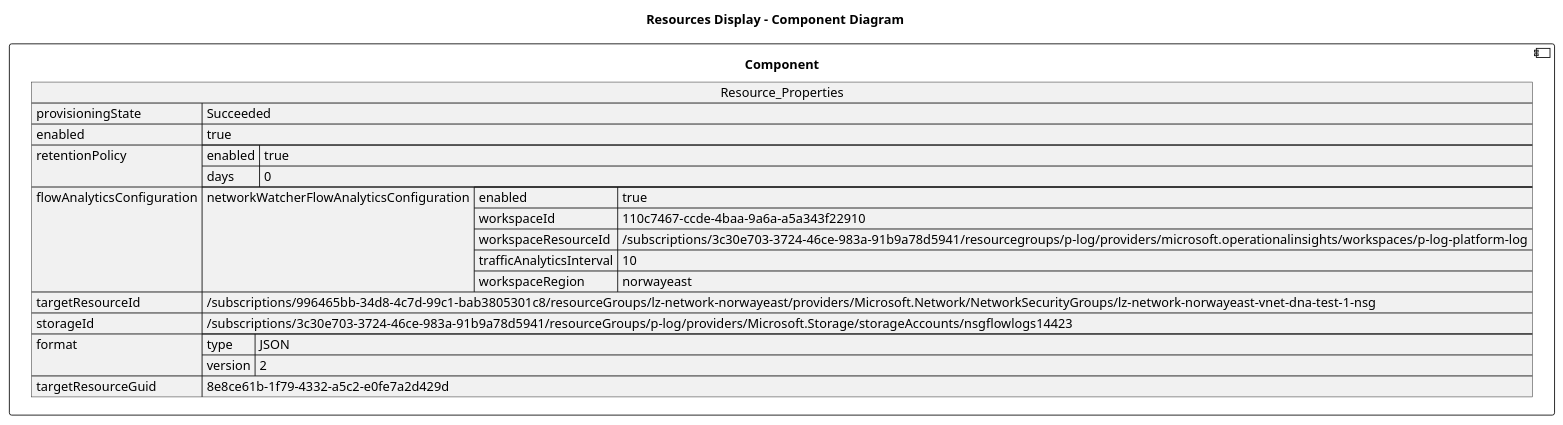
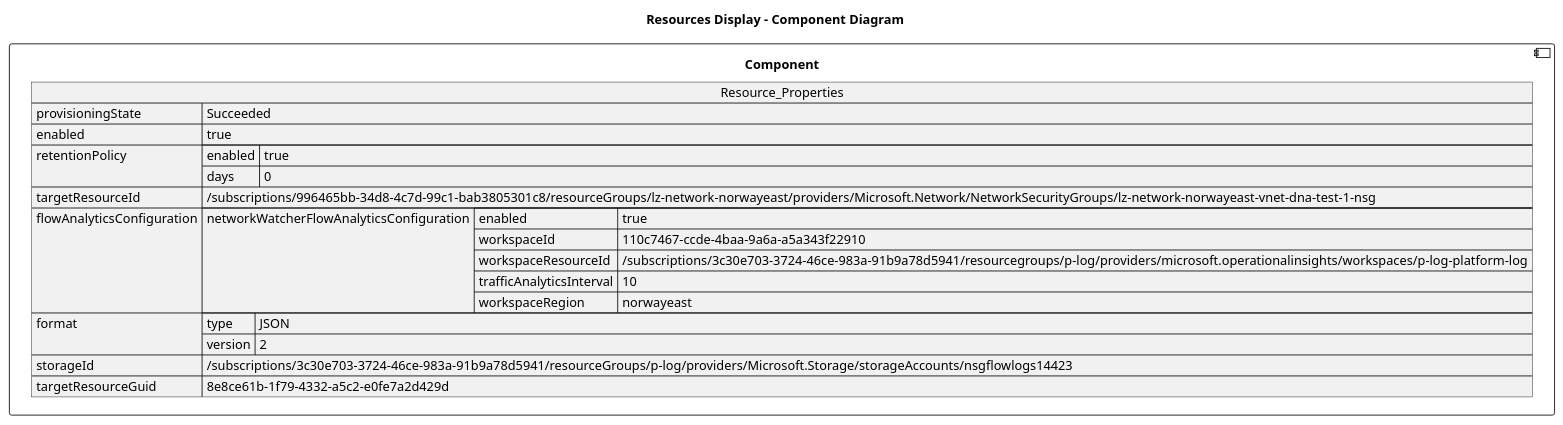
One commit to DanielAmpong/Test-Azure-architecture-diagram changed the diagram in architectureDesign/PUML/NetworkWatcherRG_Resources/lz-network-norwayeast-vnet-dna-test-1-nsg-flowlog.puml. Above: the diagram before and after it, drawn with PlantUML. The commit also changed other lines of this file and 880 other files, not shown here.

```diff
--- a/architectureDesign/PUML/NetworkWatcherRG_Resources/lz-network-norwayeast-vnet-dna-test-1-nsg-flowlog.puml
+++ b/architectureDesign/PUML/NetworkWatcherRG_Resources/lz-network-norwayeast-vnet-dna-test-1-nsg-flowlog.puml
@@ -1,32 +1,32 @@
 @startuml
 
 title Resources Display - Component Diagram
 
 component Component {
 
 json  Resource_Properties {
   "provisioningState": "Succeeded",
   "enabled": true,
   "retentionPolicy": {
     "enabled": true,
     "days": 0
   },
+  "targetResourceId": "/subscriptions/996465bb-34d8-4c7d-99c1-bab3805301c8/resourceGroups/lz-network-norwayeast/providers/Microsoft.Network/NetworkSecurityGroups/lz-network-norwayeast-vnet-dna-test-1-nsg",
   "flowAnalyticsConfiguration": {
     "networkWatcherFlowAnalyticsConfiguration": {
       "enabled": true,
       "workspaceId": "110c7467-ccde-4baa-9a6a-a5a343f22910",
       "workspaceResourceId": "/subscriptions/3c30e703-3724-46ce-983a-91b9a78d5941/resourcegroups/p-log/providers/microsoft.operationalinsights/workspaces/p-log-platform-log",
       "trafficAnalyticsInterval": 10,
       "workspaceRegion": "norwayeast"
     }
   },
-  "targetResourceId": "/subscriptions/996465bb-34d8-4c7d-99c1-bab3805301c8/resourceGroups/lz-network-norwayeast/providers/Microsoft.Network/NetworkSecurityGroups/lz-network-norwayeast-vnet-dna-test-1-nsg",
-  "storageId": "/subscriptions/3c30e703-3724-46ce-983a-91b9a78d5941/resourceGroups/p-log/providers/Microsoft.Storage/storageAccounts/nsgflowlogs14423",
   "format": {
     "type": "JSON",
     "version": 2
   },
+  "storageId": "/subscriptions/3c30e703-3724-46ce-983a-91b9a78d5941/resourceGroups/p-log/providers/Microsoft.Storage/storageAccounts/nsgflowlogs14423",
   "targetResourceGuid": "8e8ce61b-1f79-4332-a5c2-e0fe7a2d429d"
 }
 }
 @enduml
```
